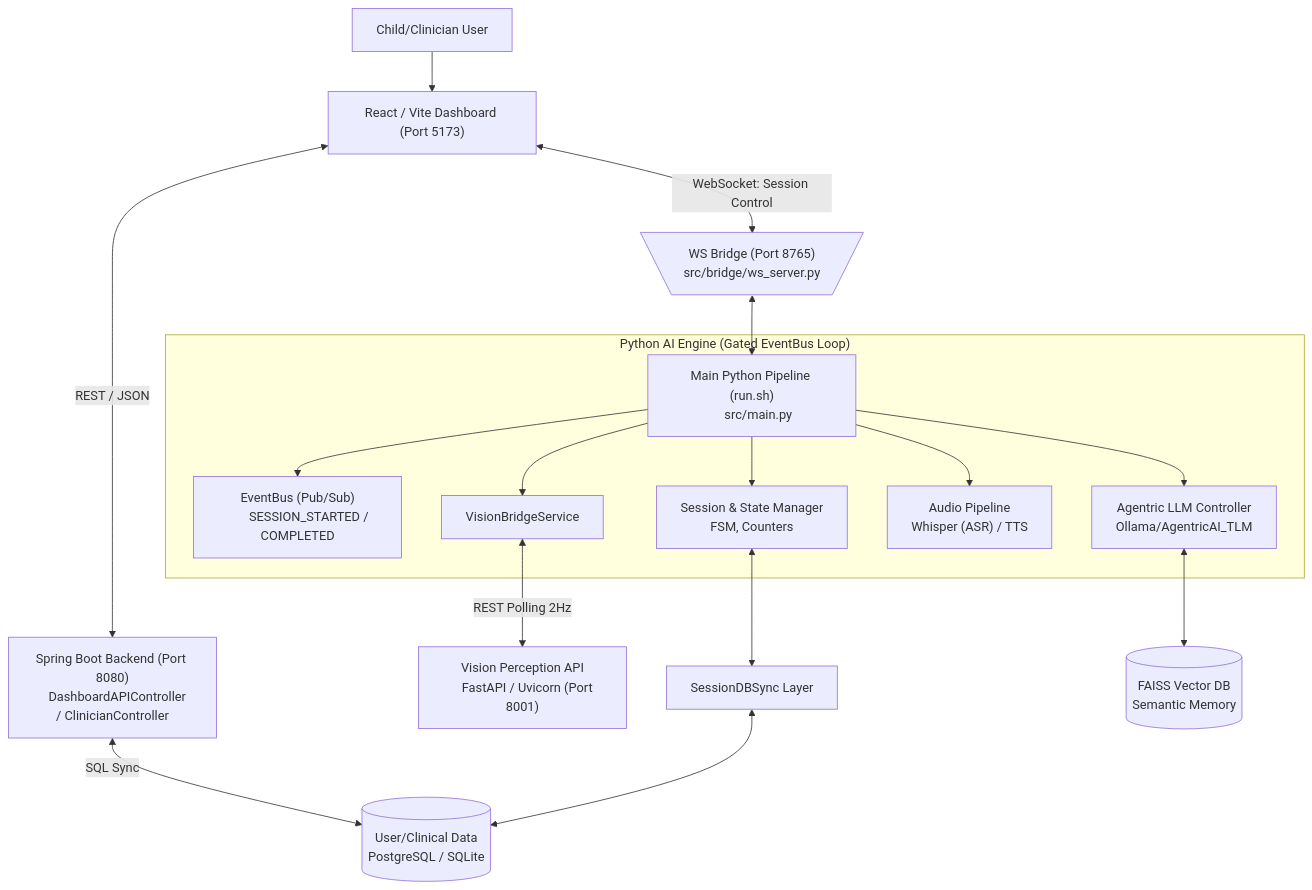
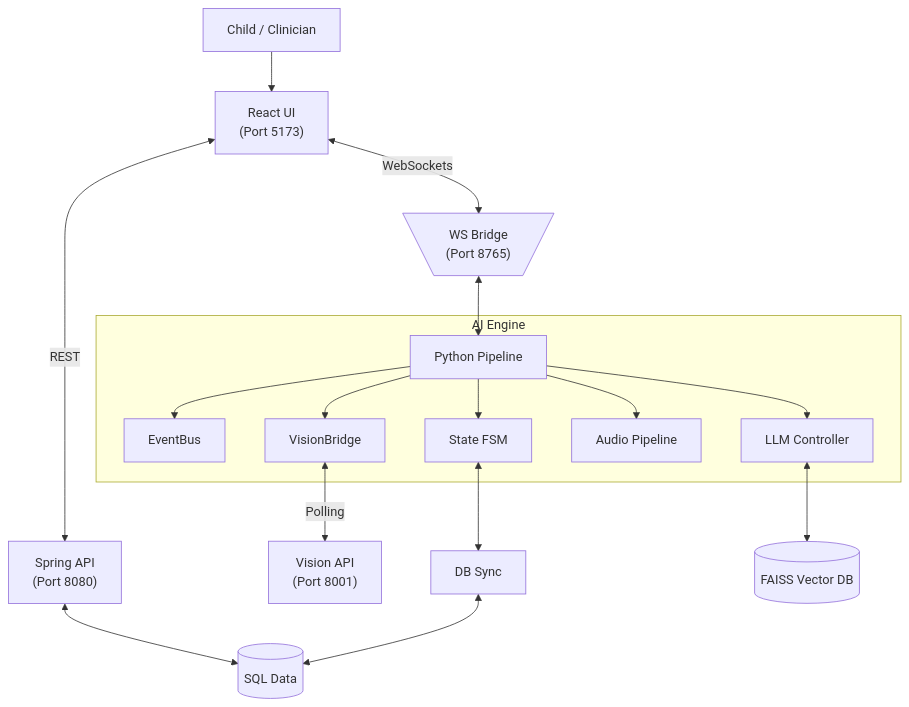
One commit to deepanmpc/LaRa changed the first of 10 diagrams in ARCHITECTURE.md. Above: the diagram before and after it, drawn with Mermaid. The commit also changed other lines of this file, not shown here.

Commit message:
docs: refactor architecture diagrams for 2-column research paper optimization

````diff
--- a/ARCHITECTURE.md
+++ b/ARCHITECTURE.md
@@ -6,36 +6,24 @@
 ```mermaid
 graph TD
-    User["Child/Clinician User"] --> UI["React / Vite Dashboard (Port 5173)"]
+    User["Child / Clinician"] --> UI["React UI<br>(Port 5173)"]
     
-    UI <-->|REST / JSON| SpringAPI["Spring Boot Backend (Port 8080)
-    DashboardAPIController / ClinicianController"]
+    UI <-->|REST| SpringAPI["Spring API<br>(Port 8080)"]
+    UI <-->|WebSockets| WSBridge[\"WS Bridge<br>(Port 8765)"/]
     
-    UI <-->|WebSocket: Session Control| WSBridge[\"WS Bridge (Port 8765)
-    src/bridge/ws_server.py"/]
+    SpringAPI <--> Postgres[("SQL Data")]
     
-    SpringAPI <-->|SQL Sync| Postgres[("User/Clinical Data
-    PostgreSQL / SQLite")]
+    WSBridge <--> Main["Python Pipeline"]
     
-    WSBridge <--> MainDaemon["Main Python Pipeline (run.sh)
-    src/main.py"]
-    
-    subgraph CoreAI ["Python AI Engine (Gated EventBus Loop)"]
-        MainDaemon --> EventBus["EventBus (Pub/Sub)
-        SESSION_STARTED / COMPLETED"]
-        MainDaemon --> SessionMGR["Session & State Manager
-        FSM, Counters"]
-        MainDaemon --> LLM["Agentric LLM Controller
-        Ollama/AgentricAI_TLM"]
-        MainDaemon --> AudioPipe["Audio Pipeline
-        Whisper (ASR) / TTS"]
-        MainDaemon --> VisionBridge["VisionBridgeService"]
+    subgraph CoreAI ["AI Engine"]
+        Main --> EventBus["EventBus"]
+        Main --> Session["State FSM"]
+        Main --> LLM["LLM Controller"]
+        Main --> Audio["Audio Pipeline"]
+        Main --> VisB["VisionBridge"]
     end
     
-    VisionBridge <-->|REST Polling 2Hz| VisionAPI["Vision Perception API
-    FastAPI / Uvicorn (Port 8001)"]
-    
-    SessionMGR <--> DB_Sync["SessionDBSync Layer"]
+    VisB <-->|Polling| VisionAPI["Vision API<br>(Port 8001)"]
+    Session <--> DB_Sync["DB Sync"]
     DB_Sync <--> Postgres
-    LLM <--> FAISS[("FAISS Vector DB
-    Semantic Memory")]
+    LLM <--> FAISS[("FAISS Vector DB")]
 ```
````
